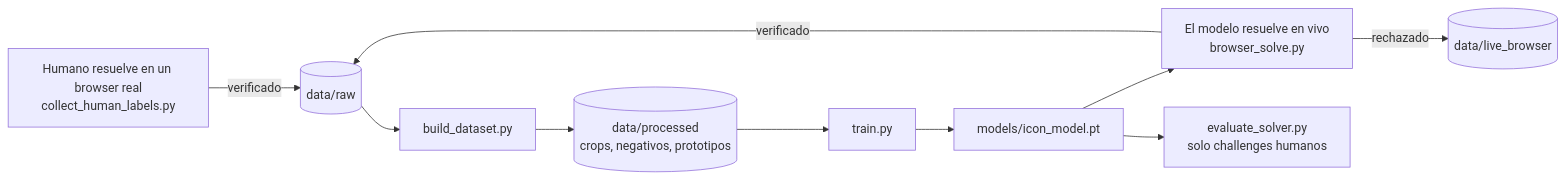
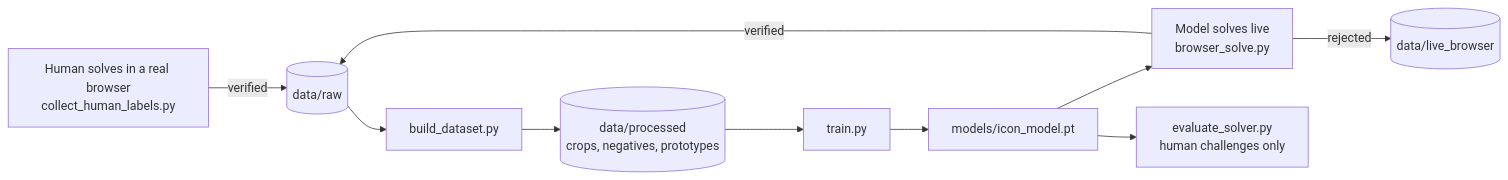
The second of 2 diagrams in README.md (SantiagoDemattei/icon-captcha-solver), drawn with Mermaid before and after one commit. The commit also changed other lines of this file and 2 other files, not shown here.

````diff
--- a/README.md
+++ b/README.md
@@ -74,10 +76,10 @@
 ```mermaid
 flowchart LR
-    H["Humano resuelve en un browser real<br/>collect_human_labels.py"] -->|verificado| RAW[("data/raw")]
-    BS["El modelo resuelve en vivo<br/>browser_solve.py"] -->|verificado| RAW
-    BS -->|rechazado| LB[("data/live_browser")]
-    RAW --> BD["build_dataset.py"] --> PR[("data/processed<br/>crops, negativos, prototipos")]
+    H["Human solves in a real browser<br/>collect_human_labels.py"] -->|verified| RAW[("data/raw")]
+    BS["Model solves live<br/>browser_solve.py"] -->|verified| RAW
+    BS -->|rejected| LB[("data/live_browser")]
+    RAW --> BD["build_dataset.py"] --> PR[("data/processed<br/>crops, negatives, prototypes")]
     PR --> TR["train.py"] --> IM["models/icon_model.pt"]
     IM --> BS
-    IM --> EV["evaluate_solver.py<br/>solo challenges humanos"]
+    IM --> EV["evaluate_solver.py<br/>human challenges only"]
 ```
````
